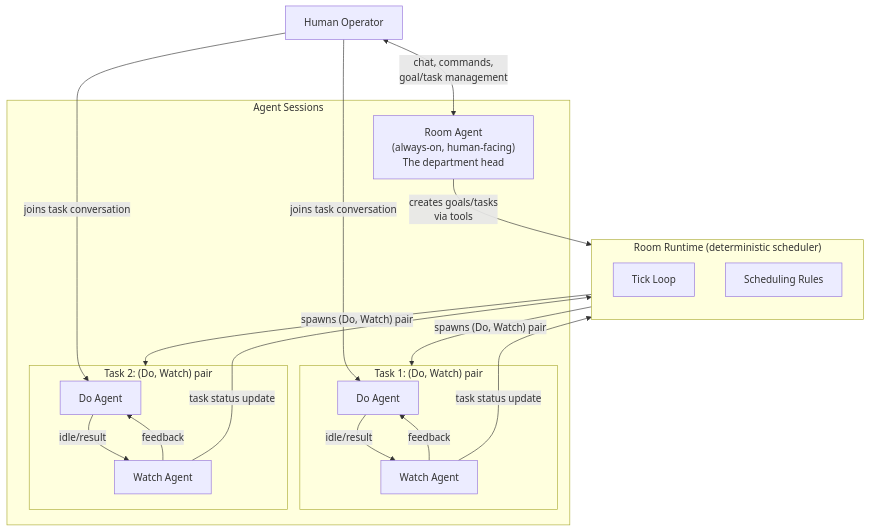
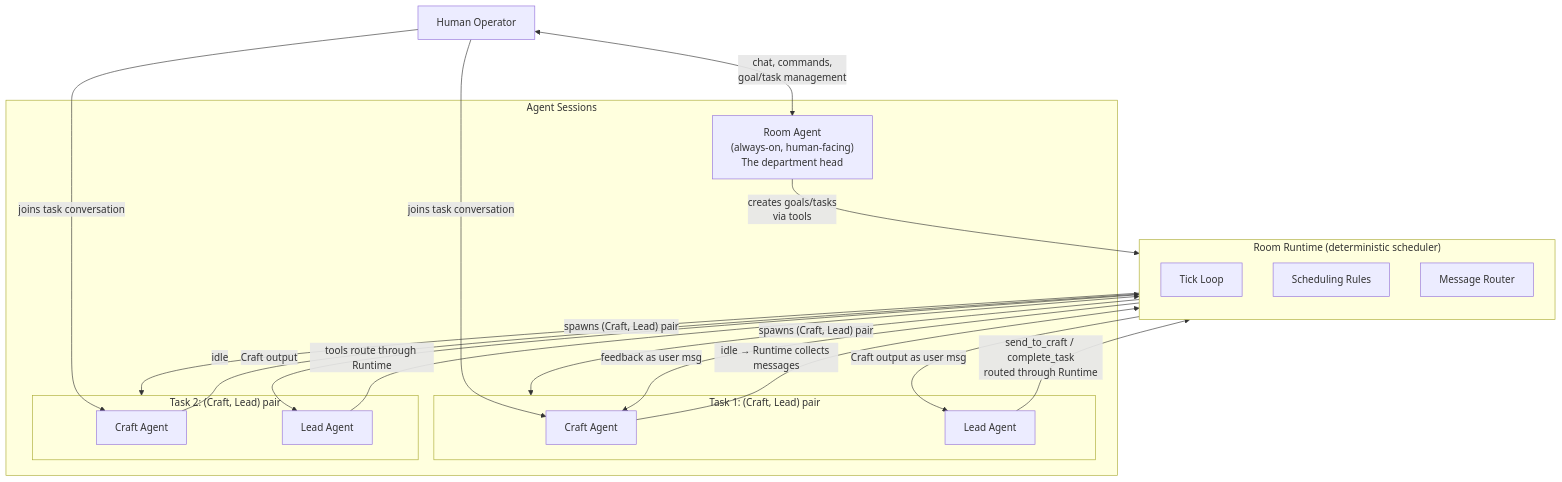
The fourth of 6 diagrams in docs/design/room-runtime-spec.md (lsm/neokai), drawn with Mermaid before and after one commit. The commit also changed other lines of this file, not shown here.

First line of the commit message:
docs: update room runtime spec to v0.4 — Craft/Lead naming and routing

````diff
--- a/docs/design/room-runtime-spec.md
+++ b/docs/design/room-runtime-spec.md
@@ -117,37 +217,39 @@
 ```mermaid
 graph TB
     subgraph Room["Room Runtime (deterministic scheduler)"]
         direction TB
         Tick[Tick Loop]
         Rules[Scheduling Rules]
+        Router[Message Router]
     end
 
     subgraph Agents["Agent Sessions"]
         RoomAgent["Room Agent<br/>(always-on, human-facing)<br/>The department head"]
 
-        subgraph Task1["Task 1: (Do, Watch) pair"]
-            Do1["Do Agent"]
-            Watch1["Watch Agent"]
+        subgraph Task1["Task 1: (Craft, Lead) pair"]
+            Craft1["Craft Agent"]
+            Lead1["Lead Agent"]
         end
 
-        subgraph Task2["Task 2: (Do, Watch) pair"]
-            Do2["Do Agent"]
-            Watch2["Watch Agent"]
+        subgraph Task2["Task 2: (Craft, Lead) pair"]
+            Craft2["Craft Agent"]
+            Lead2["Lead Agent"]
         end
     end
 
     Human["Human Operator"]
 
     Human <-->|"chat, commands,<br/>goal/task management"| RoomAgent
     RoomAgent -->|"creates goals/tasks<br/>via tools"| Room
-    Room -->|"spawns (Do, Watch) pair"| Task1
-    Room -->|"spawns (Do, Watch) pair"| Task2
-    Do1 -->|idle/result| Watch1
-    Watch1 -->|feedback| Do1
-    Watch1 -->|"task status update"| Room
-    Do2 -->|idle/result| Watch2
-    Watch2 -->|feedback| Do2
-    Watch2 -->|"task status update"| Room
-    Human -->|"joins task conversation"| Do1
-    Human -->|"joins task conversation"| Do2
+    Room -->|"spawns (Craft, Lead) pair"| Task1
+    Room -->|"spawns (Craft, Lead) pair"| Task2
+    Craft1 -->|"idle → Runtime collects messages"| Room
+    Room -->|"Craft output as user msg"| Lead1
+    Lead1 -->|"send_to_craft / complete_task<br/>routed through Runtime"| Room
+    Room -->|"feedback as user msg"| Craft1
+    Craft2 -->|idle| Room
+    Room -->|"Craft output"| Lead2
+    Lead2 -->|"tools route through Runtime"| Room
+    Human -->|"joins task conversation"| Craft1
+    Human -->|"joins task conversation"| Craft2
 ```
````
